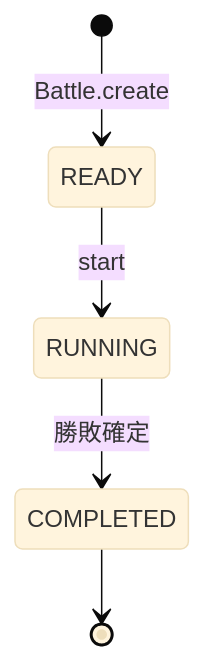
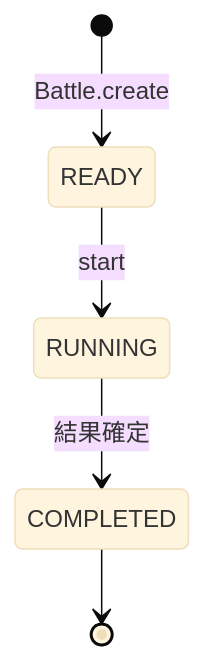
One commit to komei0727/muvluvgg_battle_simulator changed the first of 10 diagrams in docs/ddd/06_戦闘状態遷移.md. Above: the diagram before and after it, drawn with Mermaid (base theme). The commit also changed other lines of this file and 1 other file, not shown here.

````diff
--- a/docs/ddd/06_戦闘状態遷移.md
+++ b/docs/ddd/06_戦闘状態遷移.md
@@ -26,7 +26,7 @@
 ```mermaid
 stateDiagram-v2
     [*] --> READY: Battle.create
     READY --> RUNNING: start
-    RUNNING --> COMPLETED: 勝敗確定
+    RUNNING --> COMPLETED: 結果確定
     COMPLETED --> [*]
 ```
````
